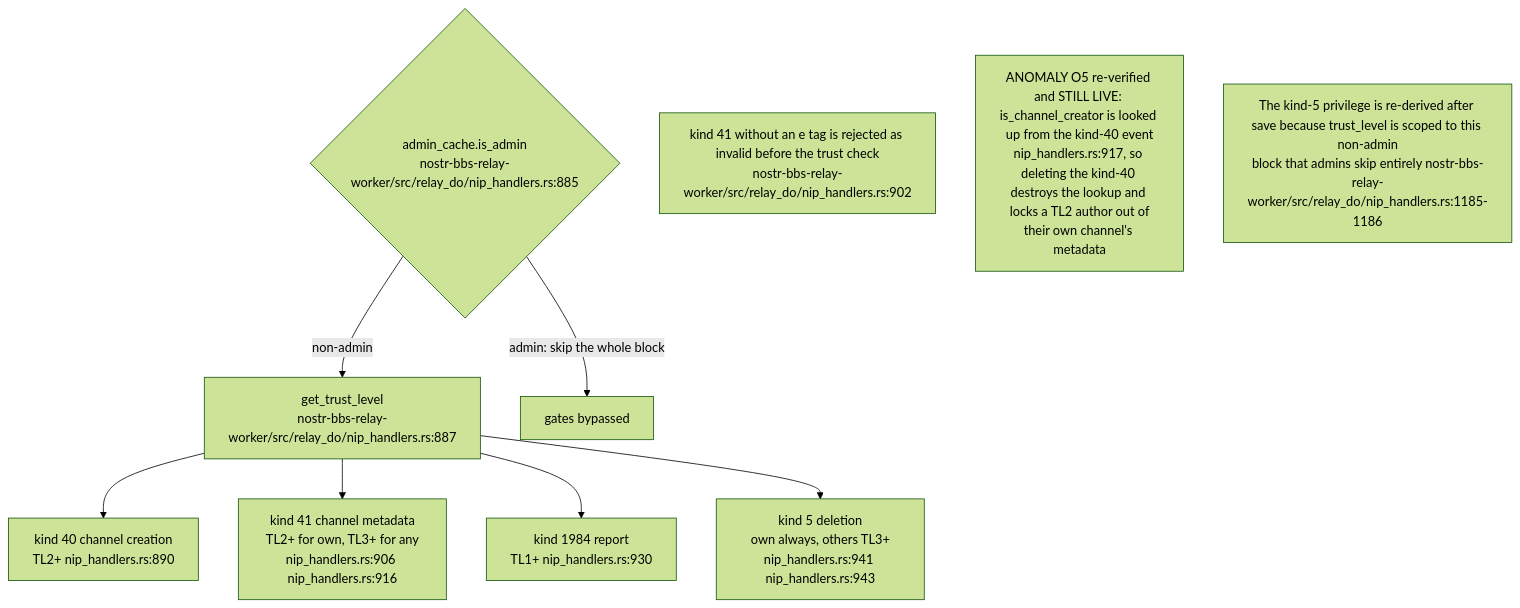
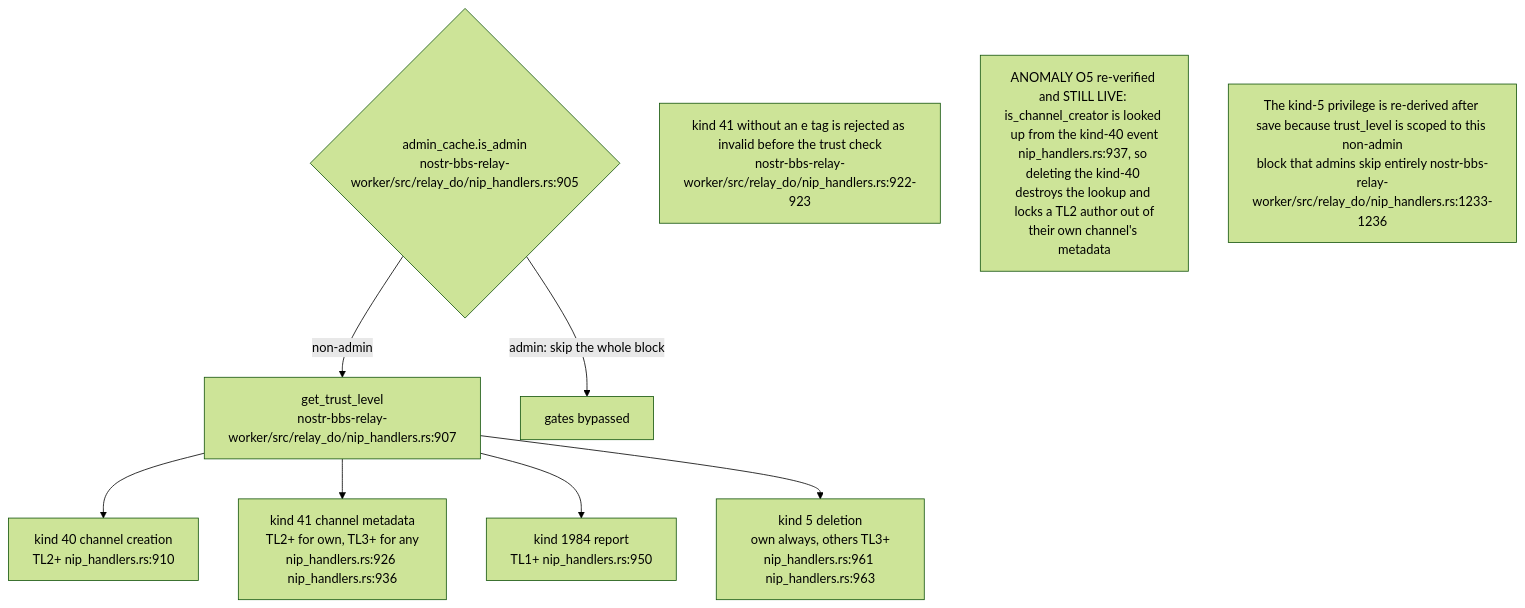
One commit to DreamLab-AI/VisionFlow changed the seventh of 14 diagrams in docs/diagrams/nostr-rust-forum/03-relay-worker-admission-auth-and-trust.md. Above: the diagram before and after it, drawn with Mermaid (forest theme). The commit also changed other lines of this file and 136 other files, not shown here.

First line of the commit message:
docs(diagrams): refresh the whole corpus to code HEAD and prune low-value diagrams

````diff
--- a/docs/diagrams/nostr-rust-forum/03-relay-worker-admission-auth-and-trust.md
+++ b/docs/diagrams/nostr-rust-forum/03-relay-worker-admission-auth-and-trust.md
@@ -189,16 +188,16 @@
 ```mermaid
 flowchart TB
-    ADMIN{"admin_cache.is_admin<br/>nostr-bbs-relay-worker/src/relay_do/nip_handlers.rs:885"}
-    TL["get_trust_level<br/>nostr-bbs-relay-worker/src/relay_do/nip_handlers.rs:887"]
-    K40["kind 40 channel creation<br/>TL2+ nip_handlers.rs:890"]
-    K41["kind 41 channel metadata<br/>TL2+ for own, TL3+ for any<br/>nip_handlers.rs:906 nip_handlers.rs:916"]
-    K1984["kind 1984 report<br/>TL1+ nip_handlers.rs:930"]
-    K5["kind 5 deletion<br/>own always, others TL3+<br/>nip_handlers.rs:941 nip_handlers.rs:943"]
+    ADMIN{"admin_cache.is_admin<br/>nostr-bbs-relay-worker/src/relay_do/nip_handlers.rs:905"}
+    TL["get_trust_level<br/>nostr-bbs-relay-worker/src/relay_do/nip_handlers.rs:907"]
+    K40["kind 40 channel creation<br/>TL2+ nip_handlers.rs:910"]
+    K41["kind 41 channel metadata<br/>TL2+ for own, TL3+ for any<br/>nip_handlers.rs:926 nip_handlers.rs:936"]
+    K1984["kind 1984 report<br/>TL1+ nip_handlers.rs:950"]
+    K5["kind 5 deletion<br/>own always, others TL3+<br/>nip_handlers.rs:961 nip_handlers.rs:963"]
 
     ADMIN -->|"admin: skip the whole block"| SKIP["gates bypassed"]
     ADMIN -->|"non-admin"| TL --> K40 & K41 & K1984 & K5
 
-    N1["kind 41 without an e tag is rejected as invalid before the trust check<br/>nostr-bbs-relay-worker/src/relay_do/nip_handlers.rs:902"]
-    N2["ANOMALY O5 re-verified and STILL LIVE: is_channel_creator is looked up from the kind-40 event<br/>nip_handlers.rs:917, so deleting the kind-40 destroys the lookup and locks a TL2 author out of<br/>their own channel's metadata"]
-    N3["The kind-5 privilege is re-derived after save because trust_level is scoped to this non-admin<br/>block that admins skip entirely nostr-bbs-relay-worker/src/relay_do/nip_handlers.rs:1185-1186"]
+    N1["kind 41 without an e tag is rejected as invalid before the trust check<br/>nostr-bbs-relay-worker/src/relay_do/nip_handlers.rs:922-923"]
+    N2["ANOMALY O5 re-verified and STILL LIVE: is_channel_creator is looked up from the kind-40 event<br/>nip_handlers.rs:937, so deleting the kind-40 destroys the lookup and locks a TL2 author out of<br/>their own channel's metadata"]
+    N3["The kind-5 privilege is re-derived after save because trust_level is scoped to this non-admin<br/>block that admins skip entirely nostr-bbs-relay-worker/src/relay_do/nip_handlers.rs:1233-1236"]
 ```
````
